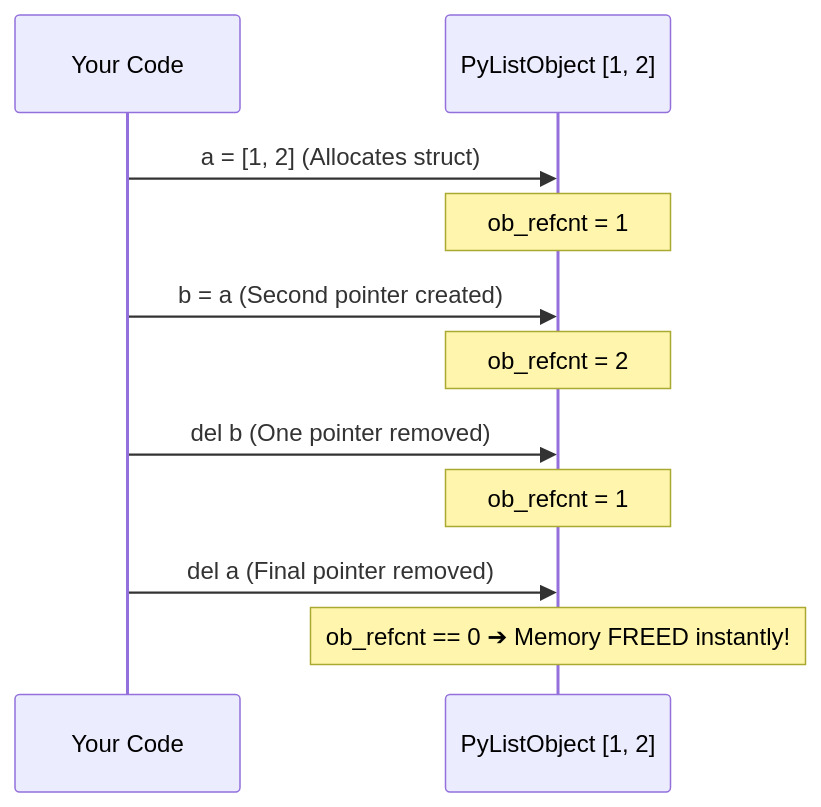
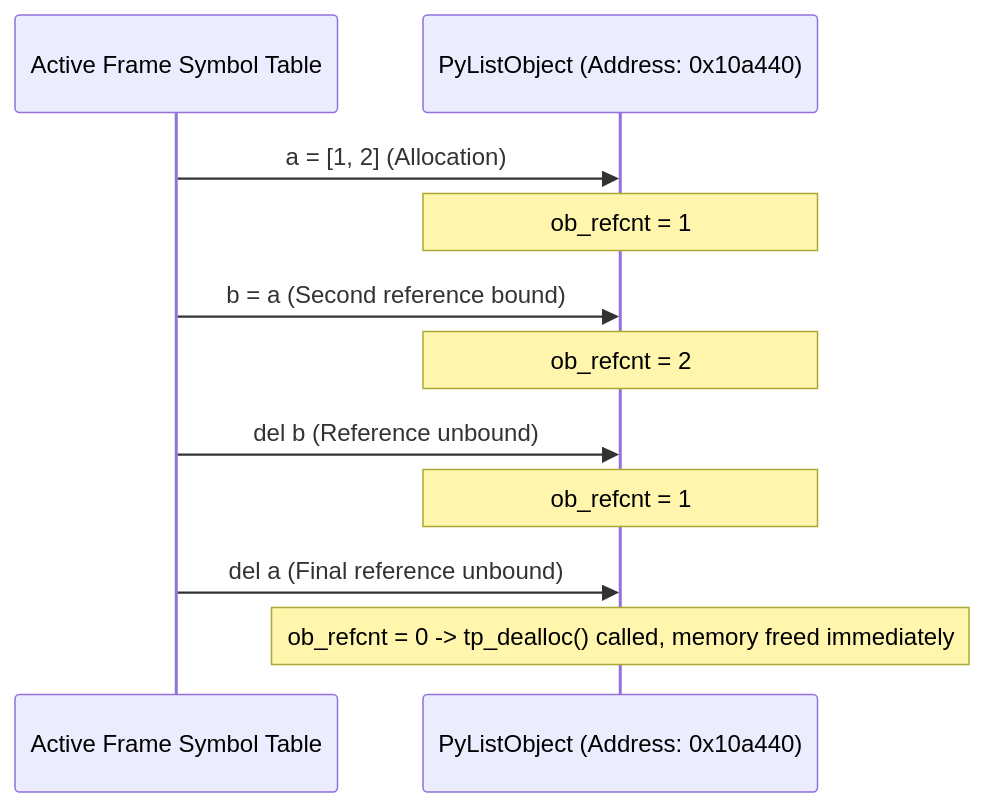
Before and after one commit to AchuAshwath/Cthru-Python: the second of 3 diagrams in src/content/docs/foundations/the-pyobject.mdx, drawn with Mermaid. The commit also changed other lines of this file and 8 other files, not shown here.

````diff
--- a/src/content/docs/foundations/the-pyobject.mdx
+++ b/src/content/docs/foundations/the-pyobject.mdx
@@ -91,14 +104,17 @@
 ```mermaid
 sequenceDiagram
-    participant Code as Your Code
-    participant Heap as PyListObject [1, 2]
+    participant Frame as Active Frame Symbol Table
+    participant Heap as PyListObject (Address: 0x10a440)
 
-    Code->>Heap: a = [1, 2] (Allocates struct)
+    Frame->>Heap: a = [1, 2] (Allocation)
     Note over Heap: ob_refcnt = 1
-    Code->>Heap: b = a (Second pointer created)
+
+    Frame->>Heap: b = a (Second reference bound)
     Note over Heap: ob_refcnt = 2
-    Code->>Heap: del b (One pointer removed)
+
+    Frame->>Heap: del b (Reference unbound)
     Note over Heap: ob_refcnt = 1
-    Code->>Heap: del a (Final pointer removed)
-    Note over Heap: ob_refcnt == 0 ➔ Memory FREED instantly!
+
+    Frame->>Heap: del a (Final reference unbound)
+    Note over Heap: ob_refcnt = 0 -> tp_dealloc() called, memory freed immediately
 ```
````
